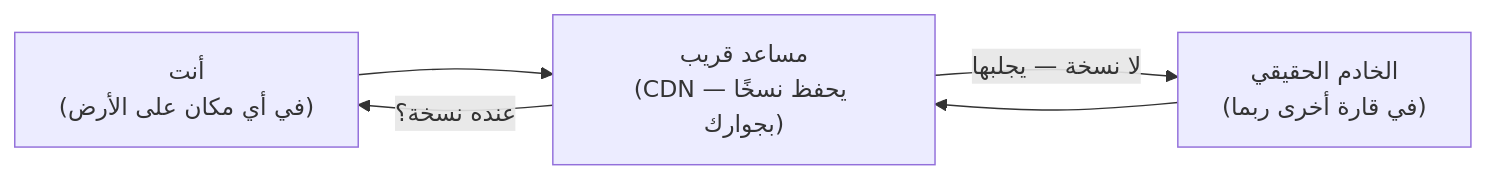
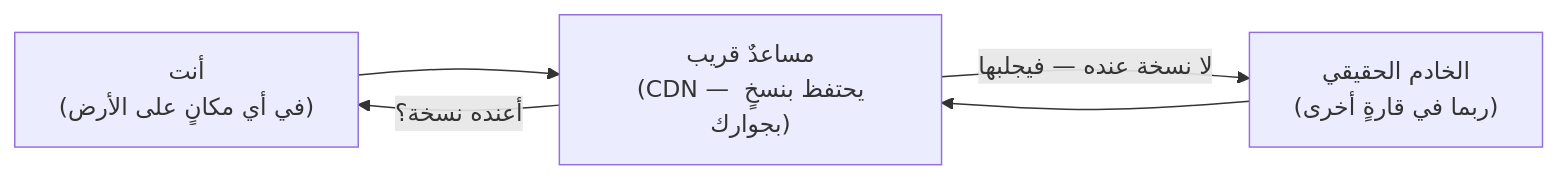
The second of 7 diagrams in modules/00-foundations/foundations.ar.md (Tamoura/system-design-for-vibe-coders), drawn with Mermaid before and after one commit. The commit also changed other lines of this file and 1 other file, not shown here.

Commit message:
Rewrite Part 0 & Module 0 Arabic in natural flowing register

````diff
--- a/modules/00-foundations/foundations.ar.md
+++ b/modules/00-foundations/foundations.ar.md
@@ -44,7 +44,7 @@
 ```mermaid
 flowchart LR
-    Y["أنت<br/>(في أي مكان على الأرض)"] --> C["مساعد قريب<br/>(CDN — يحفظ نسخًا بجوارك)"]
-    C -->|"عنده نسخة؟"| Y
-    C -->|"لا نسخة — يجلبها"| S["الخادم الحقيقي<br/>(في قارة أخرى ربما)"]
+    Y["أنت<br/>(في أي مكانٍ على الأرض)"] --> C["مساعدٌ قريب<br/>(CDN — يحتفظ بنسخٍ بجوارك)"]
+    C -->|"أعنده نسخة؟"| Y
+    C -->|"لا نسخة عنده — فيجلبها"| S["الخادم الحقيقي<br/>(ربما في قارةٍ أخرى)"]
     S --> C
 ```
````
